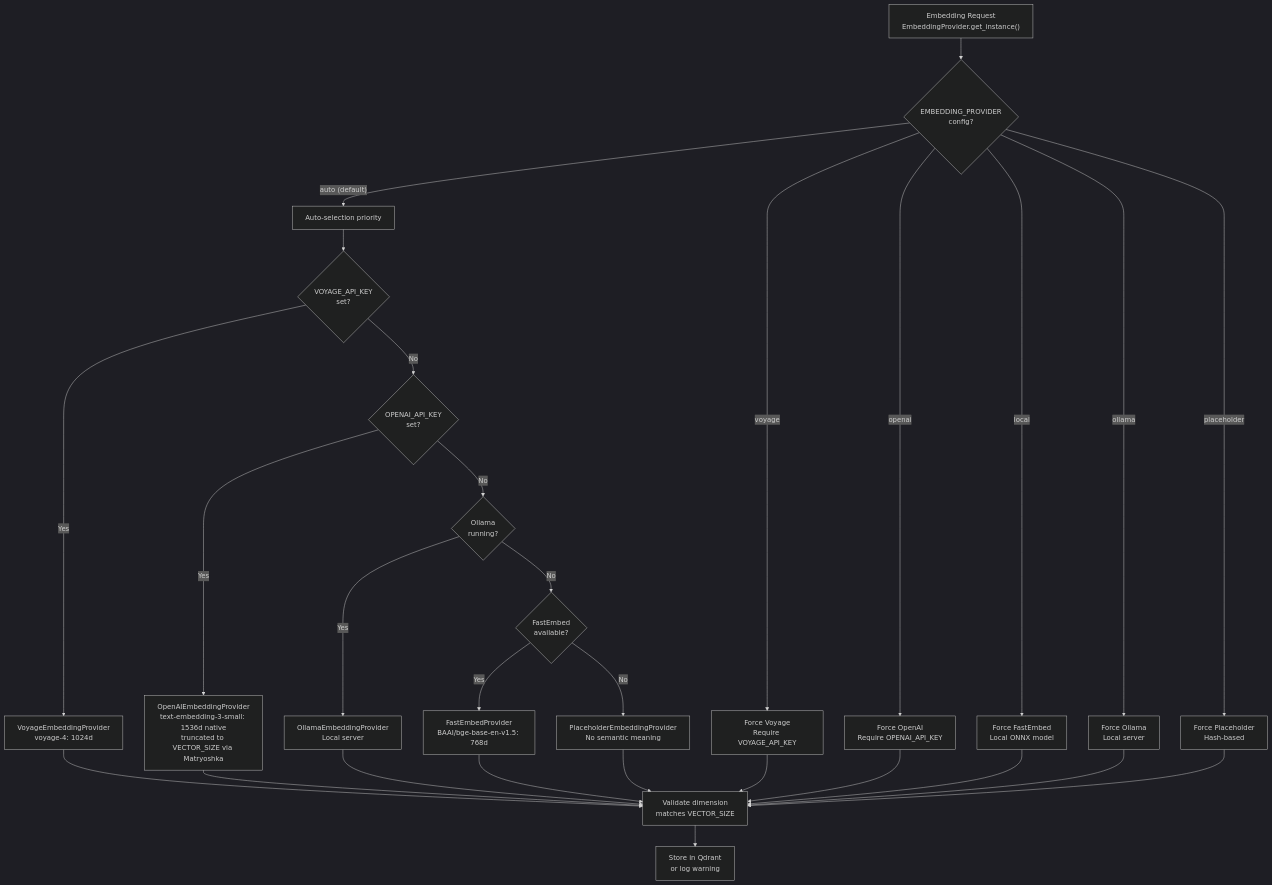
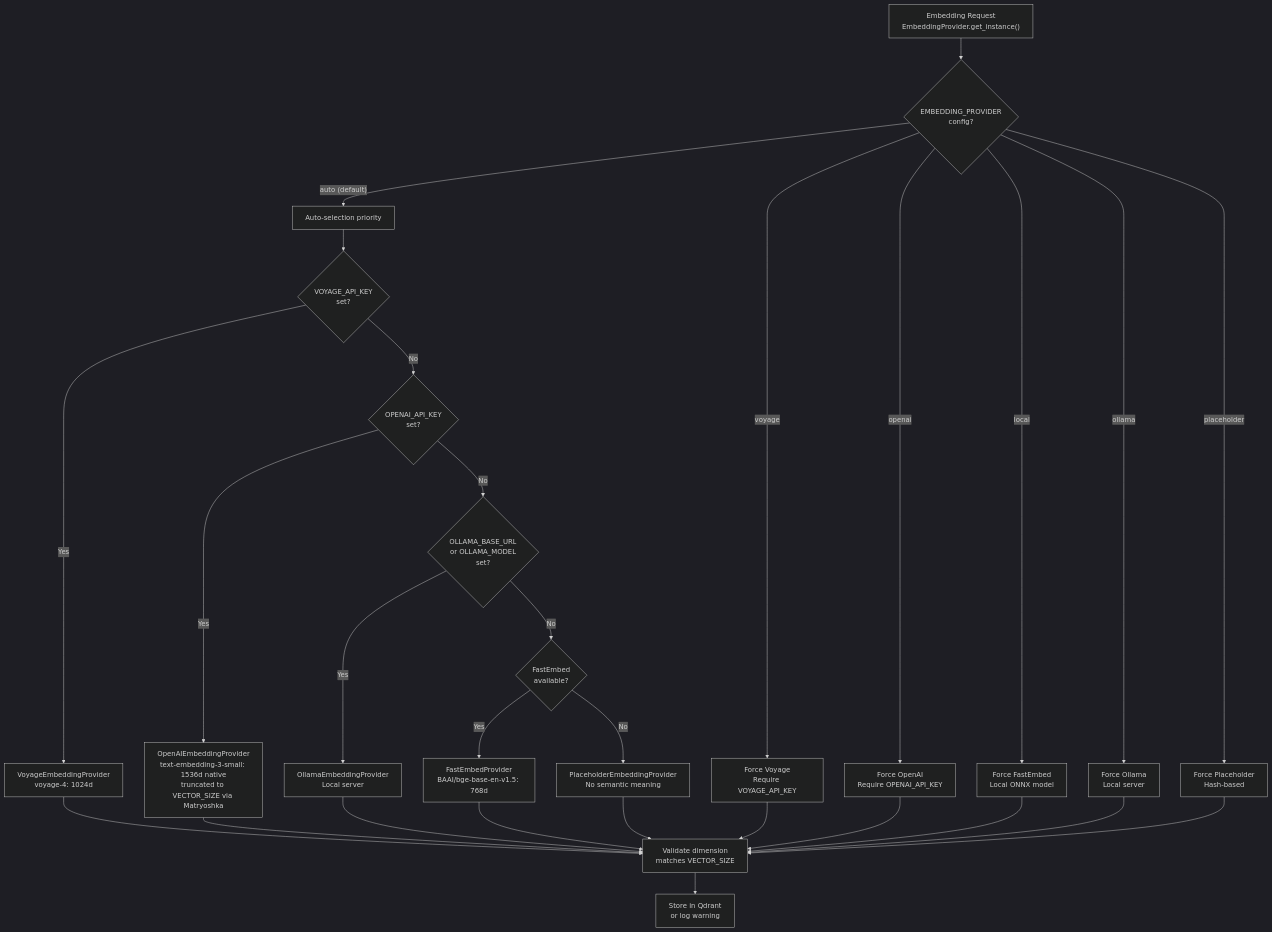
The first of 2 diagrams in src/content/docs/docs/architecture/embeddings.md (verygoodplugins/automem-website), drawn with Mermaid (dark theme) before and after one commit. The commit also changed other lines of this file, not shown here.

````diff
--- a/src/content/docs/docs/architecture/embeddings.md
+++ b/src/content/docs/docs/architecture/embeddings.md
@@ -49,40 +50,40 @@
 ```mermaid
 flowchart TD
     Request["Embedding Request<br/>EmbeddingProvider.get_instance()"]
 
     Request --> CheckConfig{"EMBEDDING_PROVIDER<br/>config?"}
 
     CheckConfig -->|"auto (default)"| Priority["Auto-selection priority"]
     CheckConfig -->|"voyage"| ForceVoyage["Force Voyage<br/>Require VOYAGE_API_KEY"]
     CheckConfig -->|"openai"| ForceOpenAI["Force OpenAI<br/>Require OPENAI_API_KEY"]
     CheckConfig -->|"local"| ForceLocal["Force FastEmbed<br/>Local ONNX model"]
     CheckConfig -->|"ollama"| ForceOllama["Force Ollama<br/>Local server"]
     CheckConfig -->|"placeholder"| ForcePlaceholder["Force Placeholder<br/>Hash-based"]
 
     Priority --> Try1{"VOYAGE_API_KEY<br/>set?"}
     Try1 -->|Yes| Voyage["VoyageEmbeddingProvider<br/>voyage-4: 1024d"]
     Try1 -->|No| Try2{"OPENAI_API_KEY<br/>set?"}
 
     Try2 -->|Yes| OpenAI["OpenAIEmbeddingProvider<br/>text-embedding-3-small: 1536d native<br/>truncated to VECTOR_SIZE via Matryoshka"]
-    Try2 -->|No| Try3{"Ollama<br/>running?"}
+    Try2 -->|No| Try3{"OLLAMA_BASE_URL<br/>or OLLAMA_MODEL<br/>set?"}
 
     Try3 -->|Yes| Ollama["OllamaEmbeddingProvider<br/>Local server"]
     Try3 -->|No| Try4{"FastEmbed<br/>available?"}
 
     Try4 -->|Yes| FastEmbed["FastEmbedProvider<br/>BAAI/bge-base-en-v1.5: 768d"]
     Try4 -->|No| Placeholder["PlaceholderEmbeddingProvider<br/>No semantic meaning"]
 
     Voyage --> Validate["Validate dimension<br/>matches VECTOR_SIZE"]
     OpenAI --> Validate
     Ollama --> Validate
     FastEmbed --> Validate
     Placeholder --> Validate
 
     ForceVoyage --> Validate
     ForceOpenAI --> Validate
     ForceLocal --> Validate
     ForceOllama --> Validate
     ForcePlaceholder --> Validate
 
     Validate --> Store["Store in Qdrant<br/>or log warning"]
 ```
````
